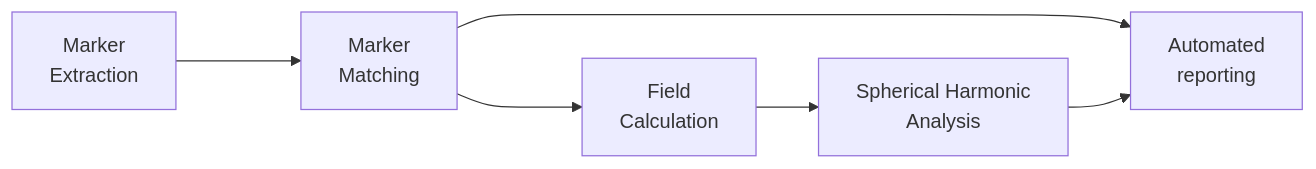
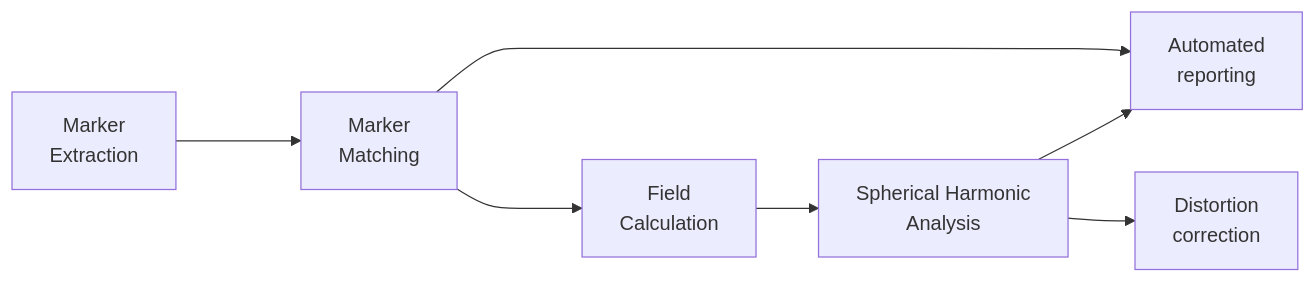
The diagram in README.md (Image-X-Institute/mri_distortion_toolkit), drawn with Mermaid before and after one commit.

````diff
--- a/README.md
+++ b/README.md
@@ -8,12 +8,12 @@
 ```mermaid
 flowchart LR
     A[Marker <br>Extraction]--->B[Marker <br>Matching]
     B[Marker <br>Matching]--->C[Field <br> Calculation] & E[Automated <br>reporting]
     C[Field <br> Calculation]-->D[Spherical Harmonic <br>Analysis]
-    D[Spherical Harmonic <br>Analysis]-->E[Automated <br>reporting];
+    D[Spherical Harmonic <br>Analysis]-->E[Automated <br>reporting] & F[Distortion <br>correction];
     click A "https://acrf-image-x-institute.github.io/MRI_DistortionQA/code_docs.html#MRI_DistortionQA.MarkerAnalysis.MarkerVolume"
     click B "https://acrf-image-x-institute.github.io/MRI_DistortionQA/code_docs.html#MRI_DistortionQA.MarkerAnalysis.MatchedMarkerVolumes"
     click C "https://acrf-image-x-institute.github.io/MRI_DistortionQA/code_docs.html#MRI_DistortionQA.FieldCalculation.ConvertMatchedMarkersToBz"
     click D "https://acrf-image-x-institute.github.io/MRI_DistortionQA/code_docs.html#MRI_DistortionQA.FieldAnalysis.SphericalHarmonicFit"
     click E "https://acrf-image-x-institute.github.io/MRI_DistortionQA/code_docs.html#MRI_DistortionQA.Reports.MRI_QA_Reporter"
 ```
````
